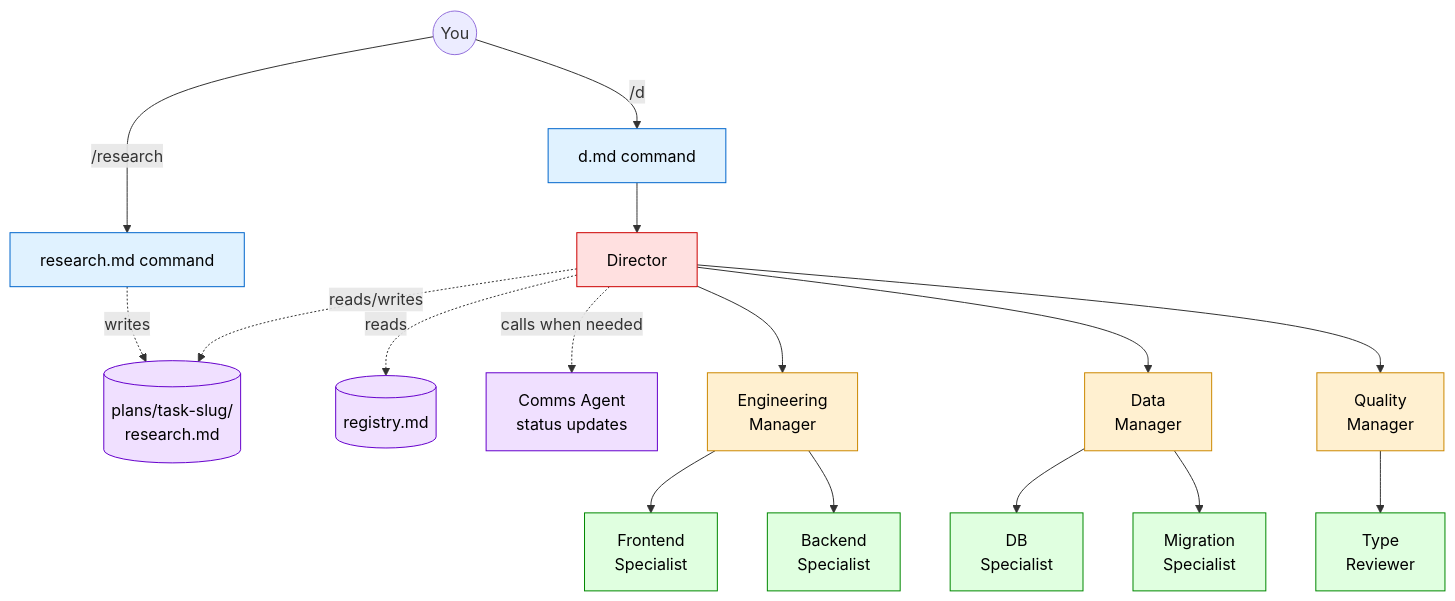
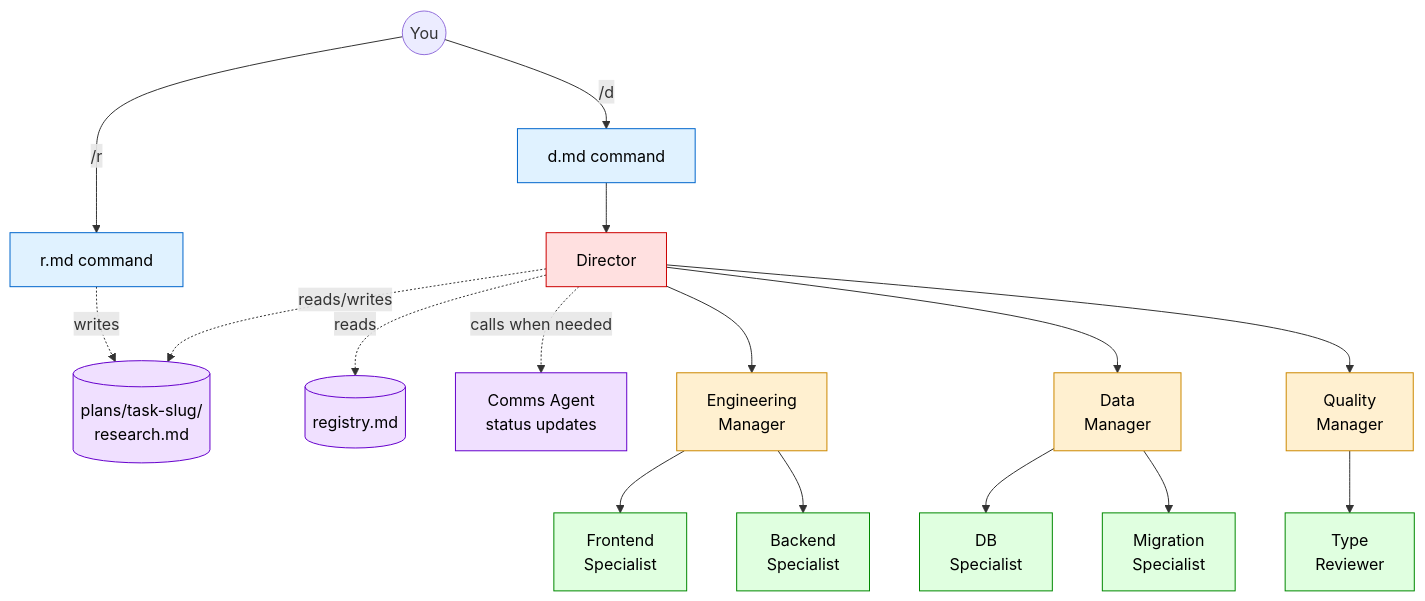
Before and after one commit to loschenbd/claude-agent-boilerplate: the first of 3 diagrams in README.md, drawn with Mermaid. The commit also changed other lines of this file and 7 other files, not shown here.

First line of the commit message:
refactor: rename /research command to /r

````diff
--- a/README.md
+++ b/README.md
@@ -40,32 +40,32 @@
 ```mermaid
 flowchart TD
     User((You))
-    User -->|"/research"| ResearchCmd[research.md command]
+    User -->|"/r"| ResearchCmd[r.md command]
     User -->|"/d"| DCmd[d.md command]
     DCmd --> Director
     ResearchCmd -.writes.-> Plans[(plans/task-slug/<br/>research.md)]
     Director[Director]
     Director -.reads.-> Registry[(registry.md)]
     Director -.reads/writes.-> Plans
     Director -.calls when needed.-> Comms[Comms Agent<br/>status updates]
     Director --> M1[Engineering<br/>Manager]
     Director --> M2[Data<br/>Manager]
     Director --> M3[Quality<br/>Manager]
     M1 --> S1a[Frontend<br/>Specialist]
     M1 --> S1b[Backend<br/>Specialist]
     M2 --> S2a[DB<br/>Specialist]
     M2 --> S2b[Migration<br/>Specialist]
     M3 --> S3a[Type<br/>Reviewer]
 
     classDef cmd fill:#e0f2ff,stroke:#0066cc,color:#000
     classDef director fill:#ffe0e0,stroke:#cc0000,color:#000
     classDef manager fill:#fff0d0,stroke:#cc8800,color:#000
     classDef specialist fill:#e0ffe0,stroke:#008800,color:#000
     classDef support fill:#f0e0ff,stroke:#6600cc,color:#000
 
     class ResearchCmd,DCmd cmd
     class Director director
     class M1,M2,M3 manager
     class S1a,S1b,S2a,S2b,S3a specialist
     class Comms,Registry,Plans support
 ```
````
